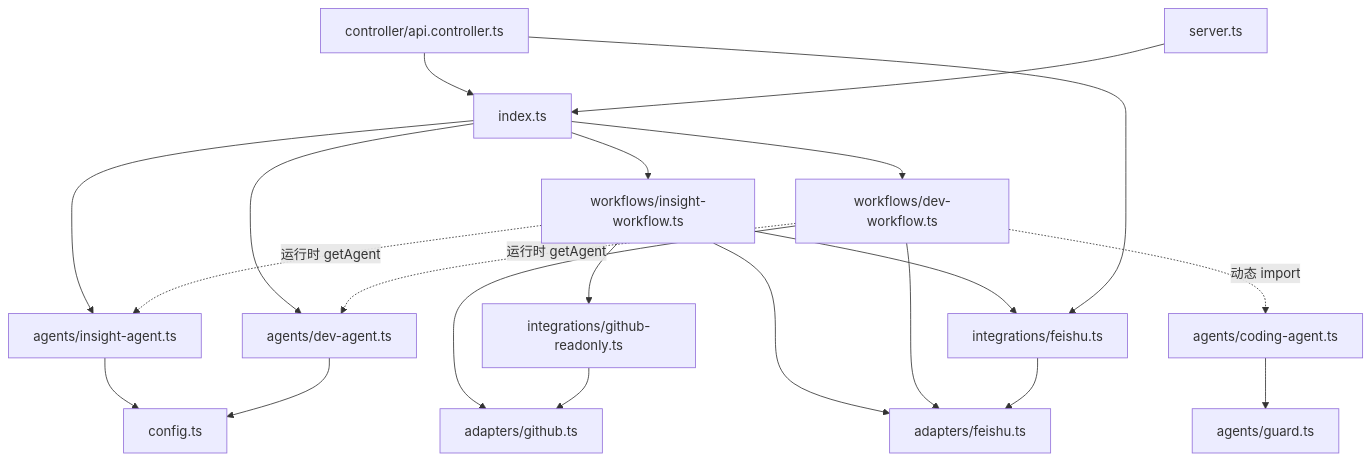
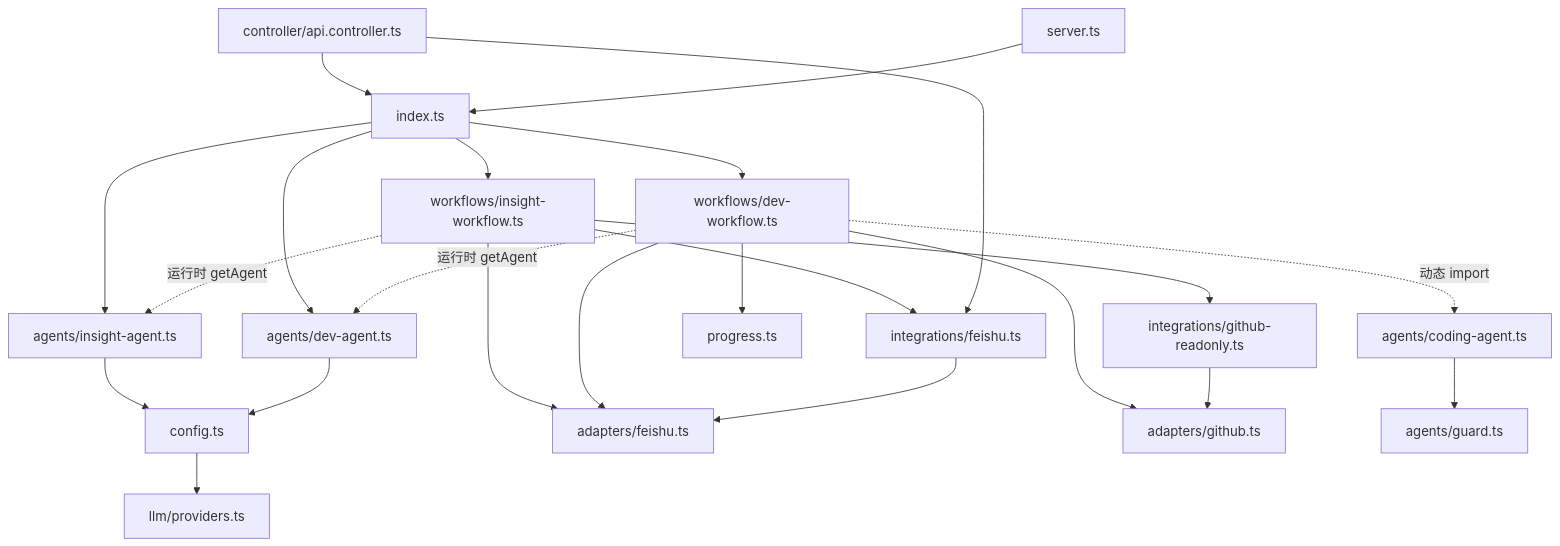
The fourth of 4 diagrams in src/mastra/README.md (wintim1143/pr-agent), drawn with Mermaid before and after one commit. The commit also changed other lines of this file and 6 other files, not shown here.

````diff
--- a/src/mastra/README.md
+++ b/src/mastra/README.md
@@ -399,28 +445,30 @@
 ```mermaid
 flowchart TB
   IDX["index.ts"] --> IA["agents/insight-agent.ts"]
   IDX --> DA["agents/dev-agent.ts"]
   IDX --> IW["workflows/insight-workflow.ts"]
   IDX --> DW["workflows/dev-workflow.ts"]
 
   IA --> CFG["config.ts"]
   DA --> CFG
+  CFG --> PRV["llm/providers.ts"]
 
   IW --> GR["integrations/github-readonly.ts"]
   IW --> FI["integrations/feishu.ts"]
   IW --> FSA["adapters/feishu.ts"]
   IW -.->|"运行时 getAgent"| IA
 
   DW --> GHA["adapters/github.ts"]
   DW --> FSA
+  DW --> PRG["progress.ts"]
   DW -.->|"运行时 getAgent"| DA
   DW -.->|"动态 import"| CA["agents/coding-agent.ts"]
   CA --> GD["agents/guard.ts"]
 
   GR --> GHA
   FI --> FSA
 
   CTRL["controller/api.controller.ts"] --> IDX
   CTRL --> FI
   SRV["server.ts"] --> IDX
 ```
````
